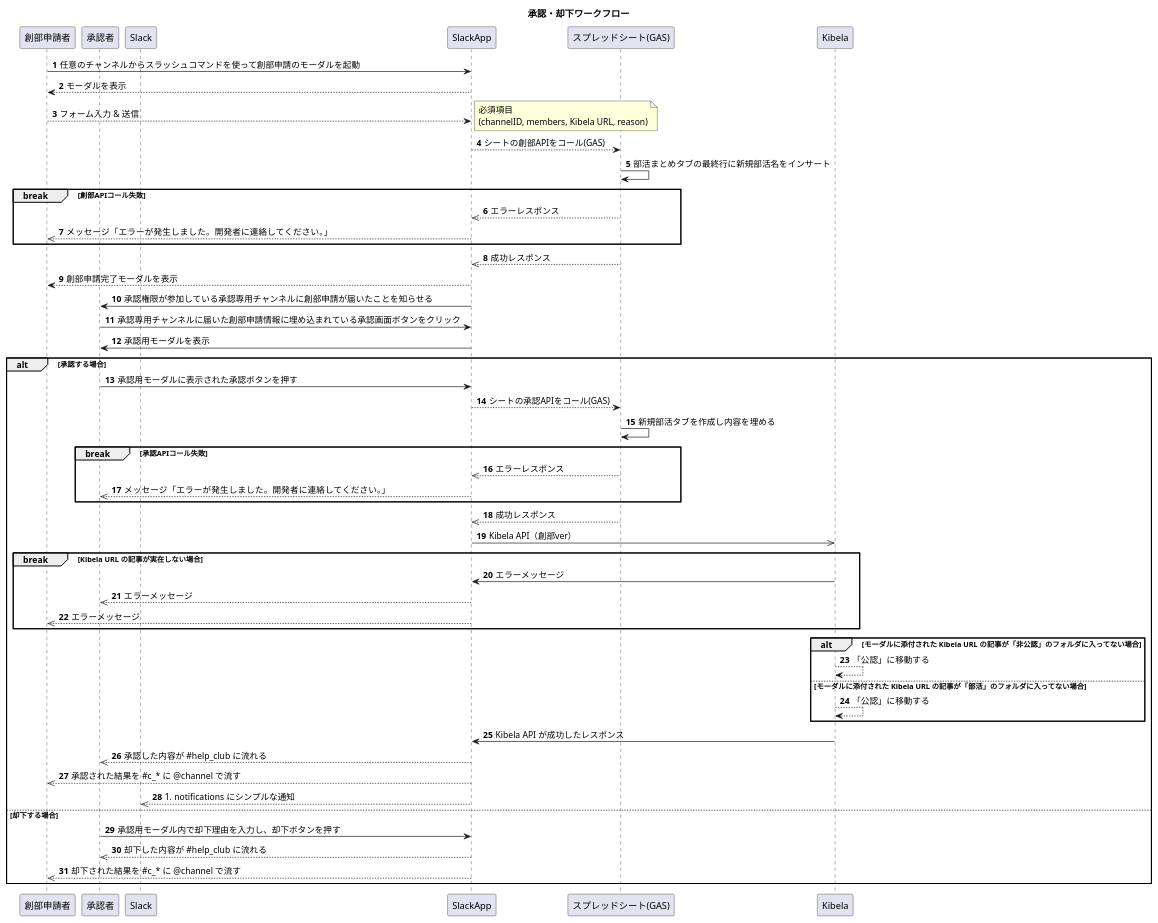
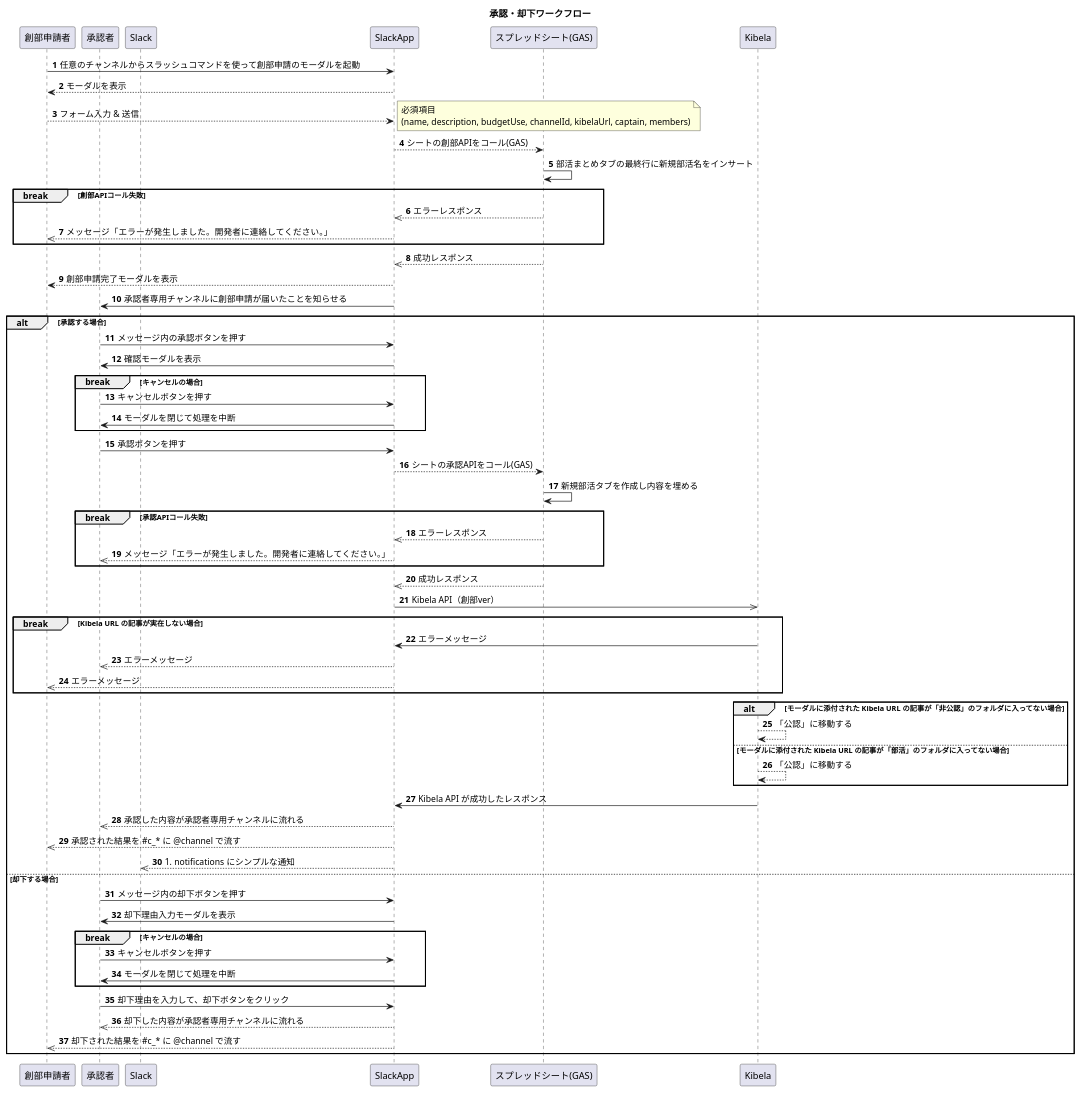
The diagram in docs/sequence-diagram/CreateClub.pu (tam-bourine/club-entry-manager), drawn with PlantUML before and after one commit. The commit also changed 2 other files, not shown here.

```diff
--- a/docs/sequence-diagram/CreateClub.pu
+++ b/docs/sequence-diagram/CreateClub.pu
@@ -1,68 +1,84 @@
 @startuml
 
 title 承認・却下ワークフロー
 
 autonumber
 participant 創部申請者 as captain
 participant 承認者 as auth
 participant Slack as slack
 participant SlackApp as slackapp
 participant "スプレッドシート(GAS)" as sheet
 participant Kibela as kibela
 
 captain -> slackapp: 任意のチャンネルからスラッシュコマンドを使って創部申請のモーダルを起動
 slackapp --> captain: モーダルを表示
 captain --> slackapp: フォーム入力 & 送信
-note right: 必須項目\n(channelID, members, Kibela URL, reason)
+note right: 必須項目\n(name, description, budgetUse, channelId, kibelaUrl, captain, members)
 slackapp --> sheet: シートの創部APIをコール(GAS)
 sheet -> sheet: 部活まとめタブの最終行に新規部活名をインサート
 
 break 創部APIコール失敗
     sheet -->> slackapp: エラーレスポンス
     slackapp -->> captain: メッセージ「エラーが発生しました。開発者に連絡してください。」
 end
 
 sheet -->> slackapp: 成功レスポンス
 
 slackapp --> captain: 創部申請完了モーダルを表示
-slackapp -> auth: 承認権限が参加している承認専用チャンネルに創部申請が届いたことを知らせる
-auth -> slackapp: 承認専用チャンネルに届いた創部申請情報に埋め込まれている承認画面ボタンをクリック
-slackapp -> auth: 承認用モーダルを表示
+slackapp -> auth: 承認者専用チャンネルに創部申請が届いたことを知らせる
 
 alt 承認する場合
-    auth -> slackapp: 承認用モーダルに表示された承認ボタンを押す
+    auth -> slackapp: メッセージ内の承認ボタンを押す
+    slackapp -> auth: 確認モーダルを表示
+
+    break キャンセルの場合
+        auth -> slackapp: キャンセルボタンを押す
+        slackapp -> auth: モーダルを閉じて処理を中断
+    end
+
+    auth -> slackapp: 承認ボタンを押す
+
     slackapp --> sheet: シートの承認APIをコール(GAS)
     sheet -> sheet: 新規部活タブを作成し内容を埋める
 
     break 承認APIコール失敗
         sheet -->> slackapp: エラーレスポンス
         slackapp -->> auth: メッセージ「エラーが発生しました。開発者に連絡してください。」
     end
 
     sheet -->> slackapp: 成功レスポンス
     slackapp ->> kibela: Kibela API（創部ver）
 
     break Kibela URL の記事が実在しない場合
         kibela -> slackapp: エラーメッセージ
         slackapp -->> auth: エラーメッセージ
         slackapp -->> captain: エラーメッセージ
     end
 
     alt モーダルに添付された Kibela URL の記事が「非公認」のフォルダに入ってない場合
         kibela --> kibela: 「公認」に移動する
     else モーダルに添付された Kibela URL の記事が「部活」のフォルダに入ってない場合
         kibela --> kibela: 「公認」に移動する
     end
 
     kibela -> slackapp: Kibela API が成功したレスポンス
-    slackapp -->> auth: 承認した内容が #help_club に流れる
+    slackapp -->> auth: 承認した内容が承認者専用チャンネルに流れる
     slackapp -->> captain: 承認された結果を #c_* に @channel で流す
     slackapp -->> slack: #notifications にシンプルな通知
 
 else 却下する場合
-    auth -> slackapp: 承認用モーダル内で却下理由を入力し、却下ボタンを押す
-    slackapp -->> auth: 却下した内容が #help_club に流れる
+    auth -> slackapp: メッセージ内の却下ボタンを押す
+    slackapp -> auth: 却下理由入力モーダルを表示
+    
+    break キャンセルの場合
+        auth -> slackapp: キャンセルボタンを押す
+        slackapp -> auth: モーダルを閉じて処理を中断
+    end
+
+    auth -> slackapp: 却下理由を入力して、却下ボタンをクリック
+
+    slackapp -->> auth: 却下した内容が承認者専用チャンネルに流れる
     slackapp -->> captain: 却下された結果を #c_* に @channel で流す
 end
 
 @enduml
```
